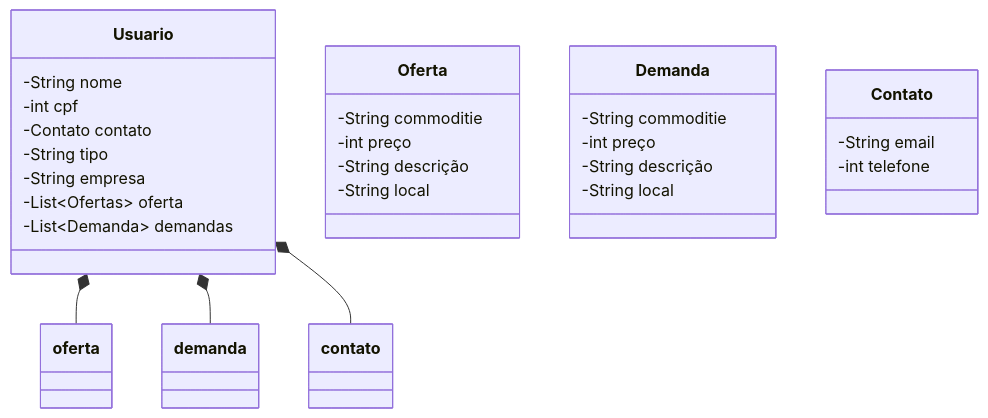
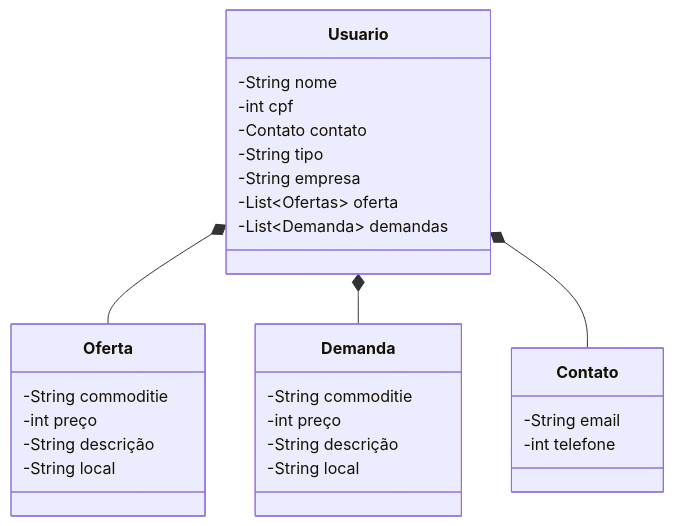
Before and after one commit to led-21/grainbroker: the diagram in README.md, drawn with Mermaid.

````diff
--- a/README.md
+++ b/README.md
@@ -3,23 +3,23 @@
 ```mermaid
 classDiagram
     Usuario : -String nome
     Usuario : -int cpf
     Usuario : -Contato contato
     Usuario : -String tipo
     Usuario : -String empresa
     Usuario : -List~Ofertas~ oferta
     Usuario : -List~Demanda~ demandas
-    Usuario *-- oferta
-    Usuario *-- demanda
-    Usuario *-- contato
+    Usuario *-- Oferta
+    Usuario *-- Demanda
+    Usuario *-- Contato
     Oferta : -String commoditie
     Oferta : -int preço
     Oferta : -String descrição
     Oferta : -String local
     Demanda : -String commoditie
     Demanda : -int preço
     Demanda : -String descrição
     Demanda : -String local
     Contato : -String email
     Contato : -int telefone
 ```
````
